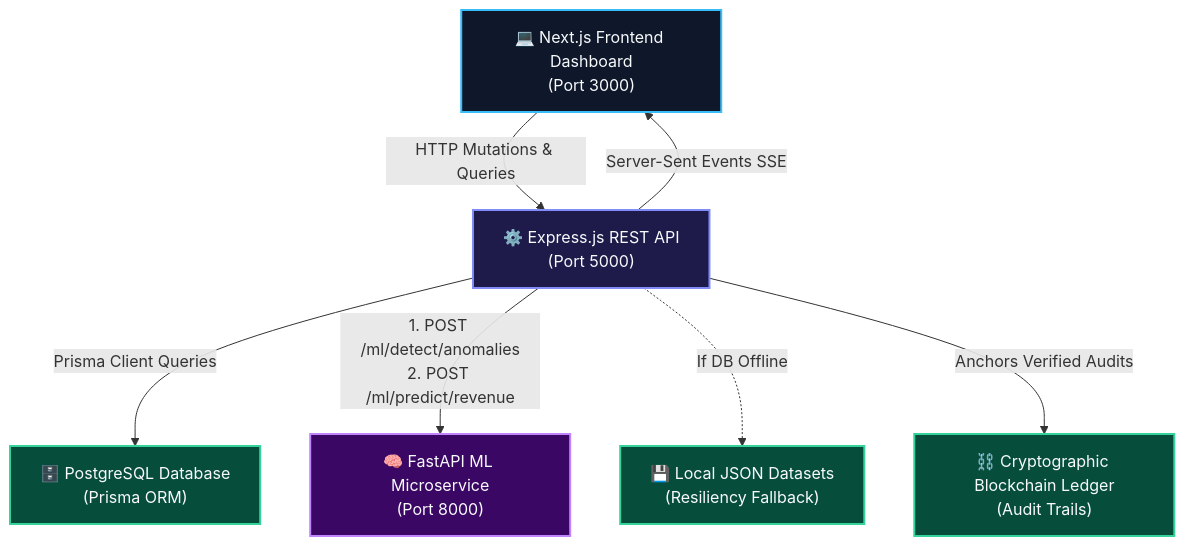
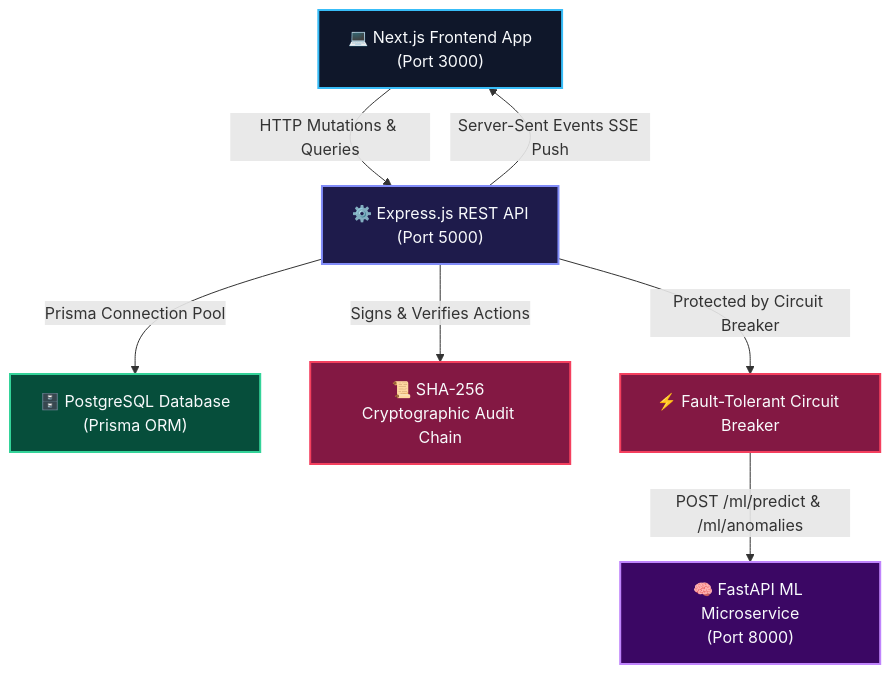
Before and after one commit to Chandana-Projects/FranchiseManagementSystem-Infosys: the diagram in README.md, drawn with Mermaid. The commit also changed other lines of this file, not shown here.

Commit message:
docs: update enterprise README with architecture diagrams, security badges, and API reference

````diff
--- a/README.md
+++ b/README.md
@@ -13,26 +17,25 @@
 ```mermaid
 graph TD
     %% Styling
     classDef client fill:#0f172a,stroke:#38bdf8,stroke-width:2px,color:#f8fafc;
     classDef api fill:#1e1b4b,stroke:#818cf8,stroke-width:2px,color:#f8fafc;
     classDef ml fill:#3b0764,stroke:#c084fc,stroke-width:2px,color:#f8fafc;
     classDef db fill:#064e3b,stroke:#34d399,stroke-width:2px,color:#f8fafc;
+    classDef sec fill:#831843,stroke:#f43f5e,stroke-width:2px,color:#f8fafc;
 
     %% Nodes
-    Client["💻 Next.js Frontend Dashboard<br/>(Port 3000)"]:::client
+    Client["💻 Next.js Frontend App<br/>(Port 3000)"]:::client
     Express["⚙️ Express.js REST API<br/>(Port 5000)"]:::api
     FastAPI["🧠 FastAPI ML Microservice<br/>(Port 8000)"]:::ml
     Postgres["🗄️ PostgreSQL Database<br/>(Prisma ORM)"]:::db
-    JSONFallback["💾 Local JSON Datasets<br/>(Resiliency Fallback)"]:::db
-    Ledger["⛓️ Cryptographic Blockchain Ledger<br/>(Audit Trails)"]:::db
+    Audit["📜 SHA-256 Cryptographic Audit Chain"]:::sec
+    Breaker["⚡ Fault-Tolerant Circuit Breaker"]:::sec
 
     %% Connections
     Client -->|HTTP Mutations & Queries| Express
-    Express -->|Server-Sent Events SSE| Client
-    Express -->|Prisma Client Queries| Postgres
-    Express -->|1. POST /ml/detect/anomalies<br/>2. POST /ml/predict/revenue| FastAPI
-    
-    %% Fallbacks
-    Express -.->|If DB Offline| JSONFallback
-    Express -->|Anchors Verified Audits| Ledger
+    Express -->|Server-Sent Events SSE Push| Client
+    Express -->|Prisma Connection Pool| Postgres
+    Express -->|Protected by Circuit Breaker| Breaker
+    Breaker -->|POST /ml/predict & /ml/anomalies| FastAPI
+    Express -->|Signs & Verifies Actions| Audit
 ```
````
